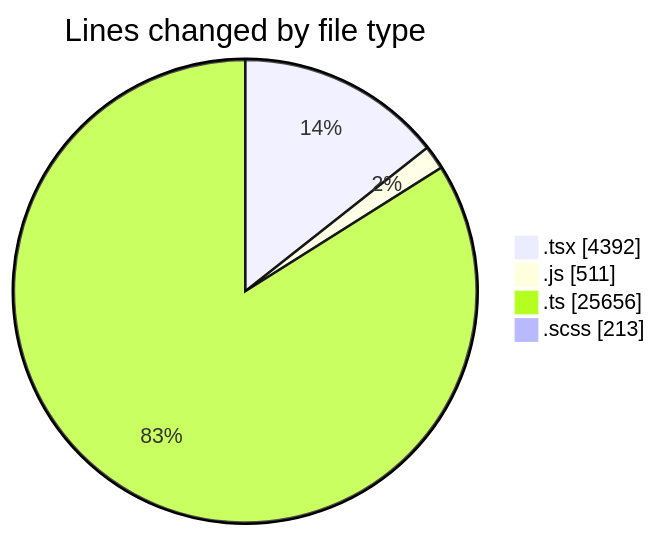
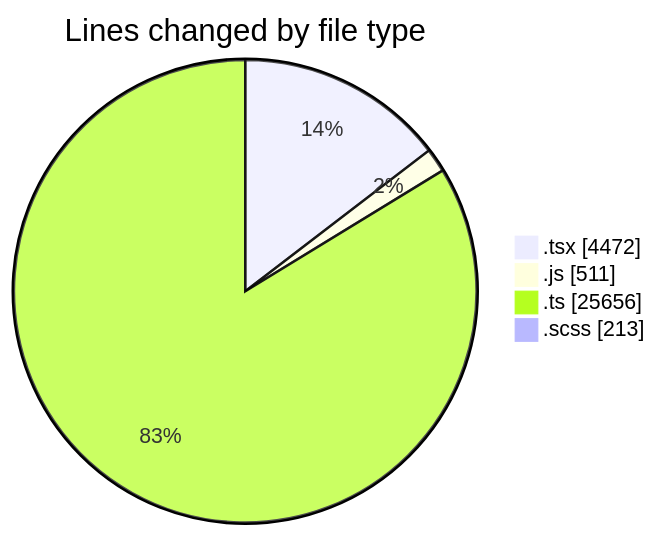
One commit to momahboobian/code-tracking changed the first of 2 diagrams in 2025-06-30/cda/README.md. Above: the diagram before and after it, drawn with Mermaid. The commit also changed other lines of this file and 1 other file, not shown here.

````diff
--- a/2025-06-30/cda/README.md
+++ b/2025-06-30/cda/README.md
@@ -43,8 +43,8 @@
 ```mermaid
 pie showData
 title Lines changed by file type
-".tsx" : 4392
+".tsx" : 4472
 ".js" : 511
 ".ts" : 25656
 ".scss" : 213
 ```
````
